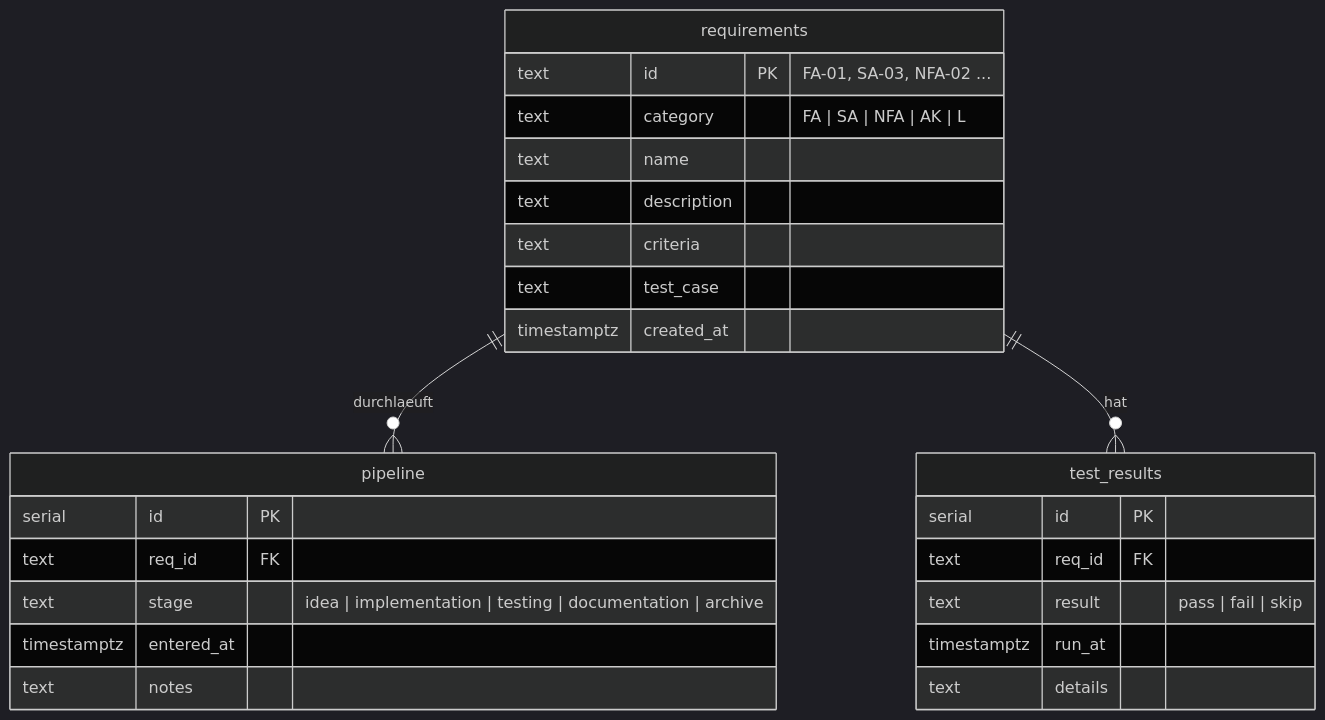
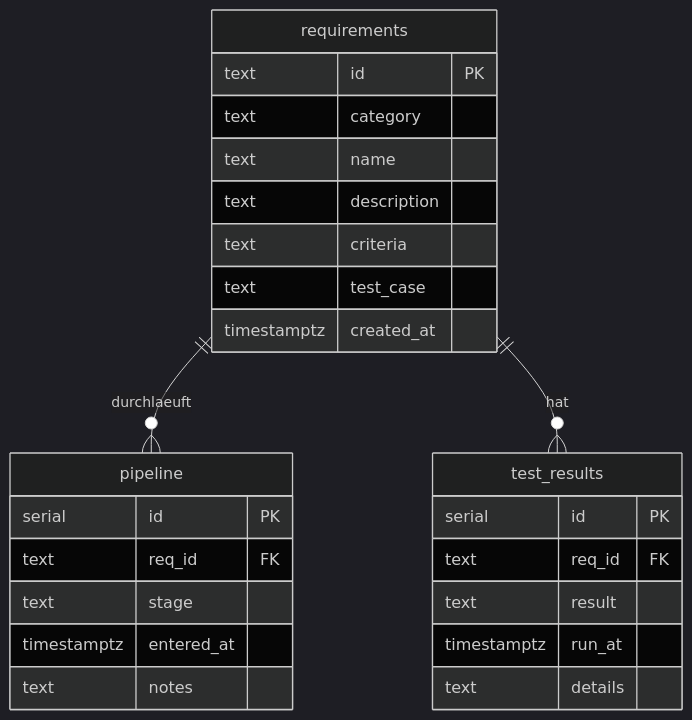
One commit to Paddione/Bachelorprojekt changed the second of 2 diagrams in docs/database.md. Above: the diagram before and after it, drawn with Mermaid (dark theme).

Commit message:
docs: remove inline comments from bachelorprojekt erDiagram for Mermaid compatibility

````diff
--- a/docs/database.md
+++ b/docs/database.md
@@ -149,31 +149,31 @@
 ```mermaid
 erDiagram
     requirements {
-        text        id          PK "FA-01, SA-03, NFA-02 ..."
-        text        category        "FA | SA | NFA | AK | L"
+        text        id          PK
+        text        category
         text        name
         text        description
         text        criteria
         text        test_case
         timestamptz created_at
     }
 
     pipeline {
         serial      id          PK
         text        req_id      FK
-        text        stage           "idea | implementation | testing | documentation | archive"
+        text        stage
         timestamptz entered_at
         text        notes
     }
 
     test_results {
         serial      id          PK
         text        req_id      FK
-        text        result          "pass | fail | skip"
+        text        result
         timestamptz run_at
         text        details
     }
 
     requirements ||--o{ pipeline      : "durchlaeuft"
     requirements ||--o{ test_results  : "hat"
 ```
````
